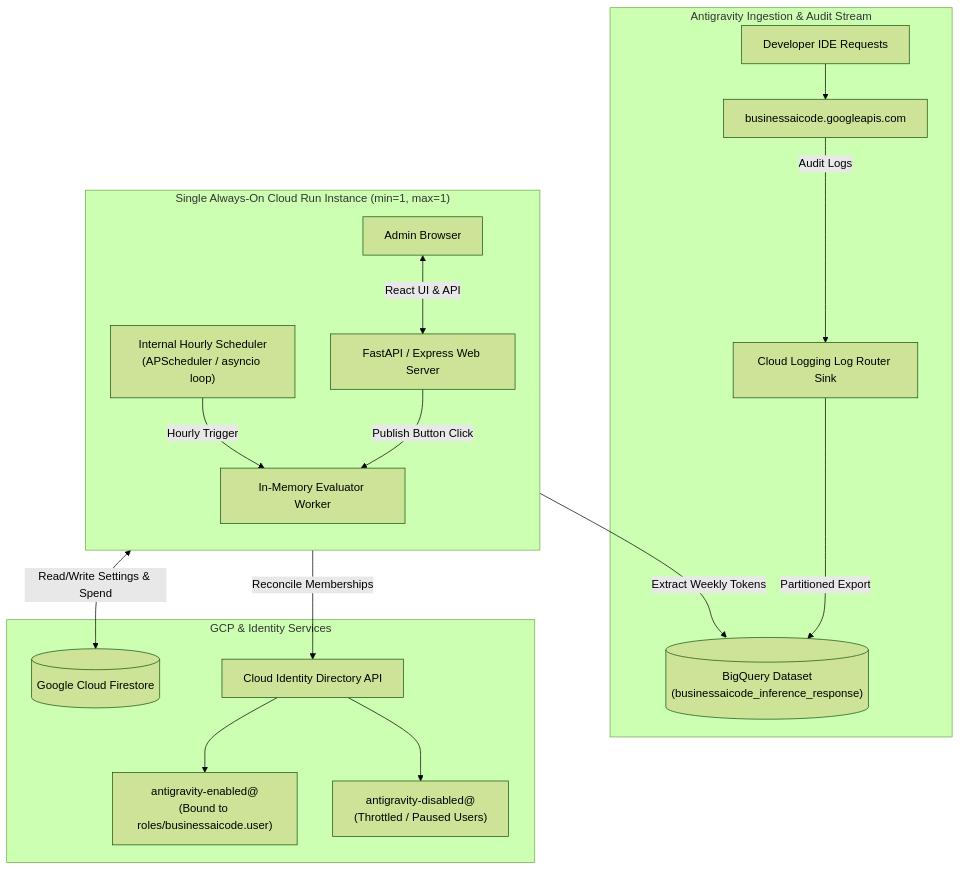
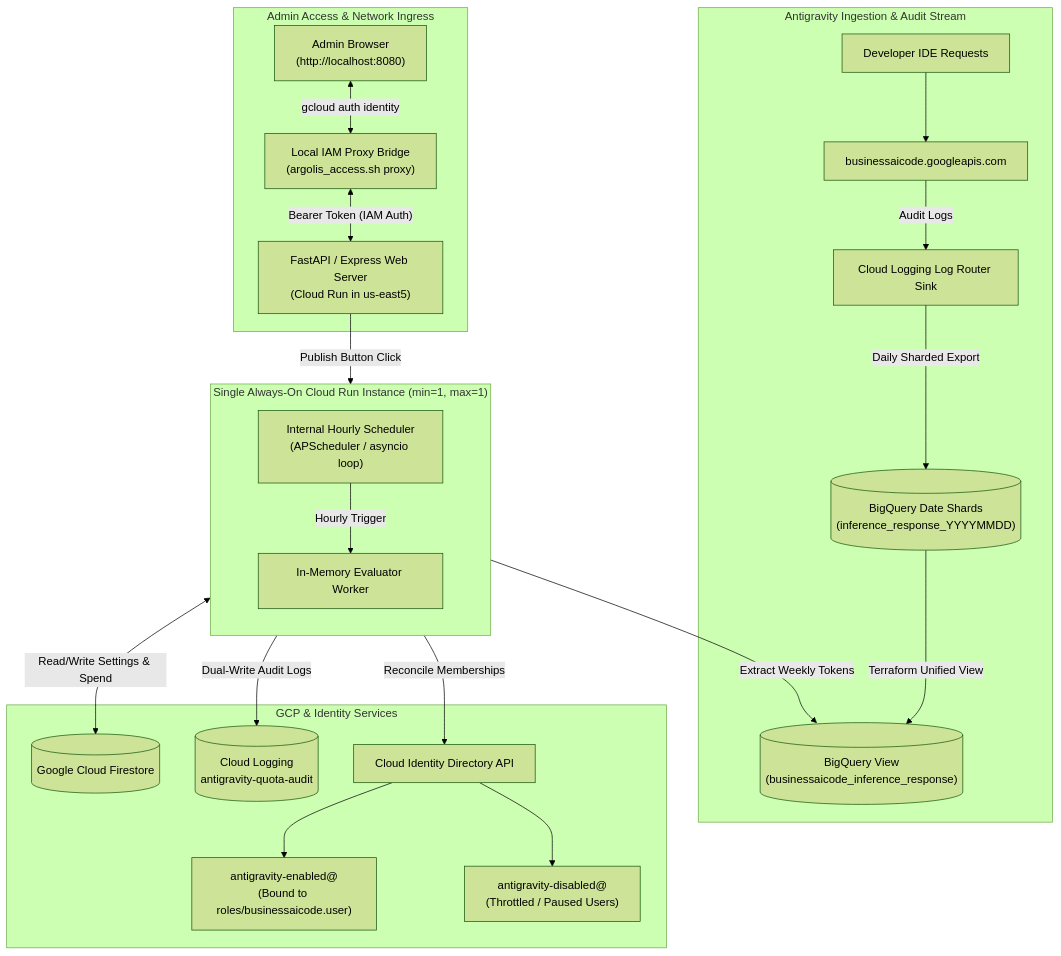
The first of 5 diagrams in SPECIFICATION.md (agentspace-ge/agy-quota-config-dash), drawn with Mermaid (forest theme) before and after one commit. The commit also changed other lines of this file and 3 other files, not shown here.

Commit message:
feat(spec): update architectural specification, BQ view, and gemini-3.8-flash pricing

````diff
--- a/SPECIFICATION.md
+++ b/SPECIFICATION.md
@@ -21,23 +21,30 @@
 ```mermaid
 flowchart TD
     subgraph Antigravity ["Antigravity Ingestion & Audit Stream"]
         UserReq["Developer IDE Requests"] --> BAIC["businessaicode.googleapis.com"]
         BAIC -->|"Audit Logs"| LR["Cloud Logging Log Router Sink"]
-        LR -->|"Partitioned Export"| BQ[("BigQuery Dataset\n(businessaicode_inference_response)")]
+        LR -->|"Daily Sharded Export"| BQ_SHARDS[("BigQuery Date Shards\n(inference_response_YYYYMMDD)")]
+        BQ_SHARDS -->|"Terraform Unified View"| BQ[("BigQuery View\n(businessaicode_inference_response)")]
+    end
+
+    subgraph AccessLayer ["Admin Access & Network Ingress"]
+        AdminBrowser["Admin Browser\n(http://localhost:8080)"] <-->|"gcloud auth identity"| ProxyBridge["Local IAM Proxy Bridge\n(argolis_access.sh proxy)"]
+        ProxyBridge <-->|"Bearer Token (IAM Auth)"| WebApp
     end
 
     subgraph SingleContainer ["Single Always-On Cloud Run Instance (min=1, max=1)"]
         direction TB
-        AdminUser["Admin Browser"] <-->|"React UI & API"| WebApp["FastAPI / Express Web Server"]
+        WebApp["FastAPI / Express Web Server\n(Cloud Run in us-east5)"]
         EmbeddedCron["Internal Hourly Scheduler\n(APScheduler / asyncio loop)"] -->|"Hourly Trigger"| Evaluator["In-Memory Evaluator Worker"]
         WebApp -->|"Publish Button Click"| Evaluator
     end
 
     subgraph ExternalBackends ["GCP & Identity Services"]
         Evaluator -->|"Extract Weekly Tokens"| BQ
         Evaluator <-->|"Read/Write Settings & Spend"| FS[("Google Cloud Firestore")]
+        Evaluator -->|"Dual-Write Audit Logs"| CL_AUDIT[("Cloud Logging\nantigravity-quota-audit")]
         Evaluator -->|"Reconcile Memberships"| CI_API["Cloud Identity Directory API"]
         CI_API --> G_EN["antigravity-enabled@\n(Bound to roles/businessaicode.user)"]
         CI_API --> G_DIS["antigravity-disabled@\n(Throttled / Paused Users)"]
     end
 ```
````
